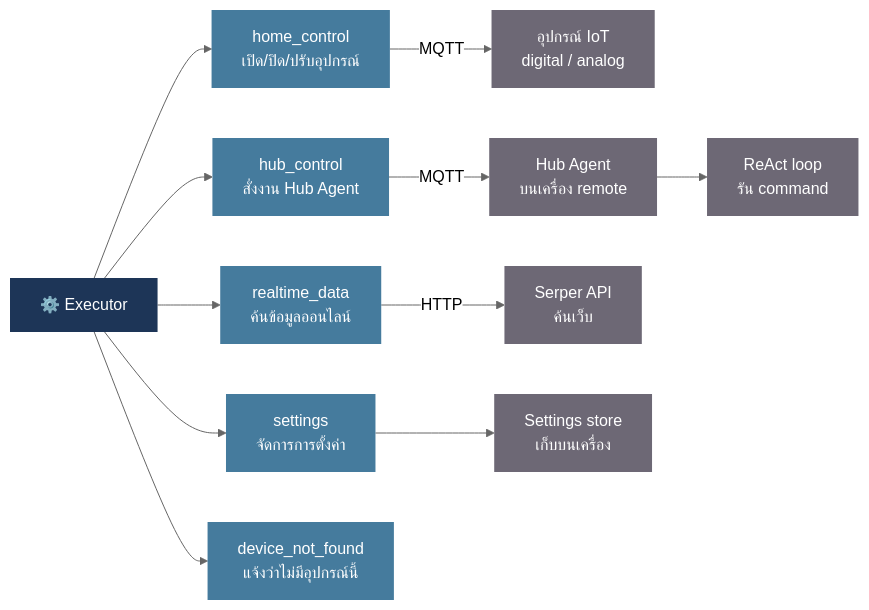
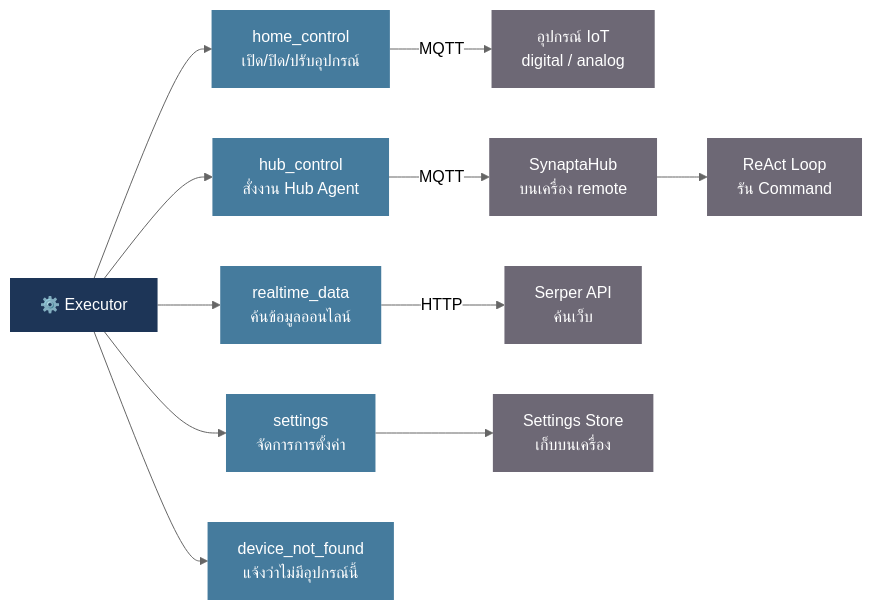
The second of 3 diagrams in README.md (Ninlapat5G/AIoT-Project), drawn with Mermaid (neutral theme) before and after one commit. The commit also changed other lines of this file and 48 other files, not shown here.

````diff
--- a/README.md
+++ b/README.md
@@ -188,20 +188,20 @@
 ```mermaid
 flowchart LR
     classDef exec   fill:#1d3557,color:#fff,stroke:none
     classDef skill  fill:#457b9d,color:#fff,stroke:none
     classDef ext    fill:#6d6875,color:#fff,stroke:none
 
     PE[⚙️ Executor]:::exec
 
     PE --> HC[home_control\nเปิด/ปิด/ปรับอุปกรณ์]:::skill
     PE --> HUB[hub_control\nสั่งงาน Hub Agent]:::skill
     PE --> RD[realtime_data\nค้นข้อมูลออนไลน์]:::skill
     PE --> ST[settings\nจัดการการตั้งค่า]:::skill
     PE --> DN[device_not_found\nแจ้งว่าไม่มีอุปกรณ์นี้]:::skill
 
     HC -->|MQTT| IOT[อุปกรณ์ IoT\ndigital / analog]:::ext
-    HUB -->|MQTT| HA[Hub Agent\nบนเครื่อง remote]:::ext
-    HA --> RC[ReAct loop\nรัน command]:::ext
+    HUB -->|MQTT| HA[SynaptaHub\nบนเครื่อง remote]:::ext
+    HA --> RC[ReAct Loop\nรัน Command]:::ext
     RD -->|HTTP| SE[Serper API\nค้นเว็บ]:::ext
-    ST --> SS[Settings store\nเก็บบนเครื่อง]:::ext
+    ST --> SS[Settings Store\nเก็บบนเครื่อง]:::ext
 ```
````
